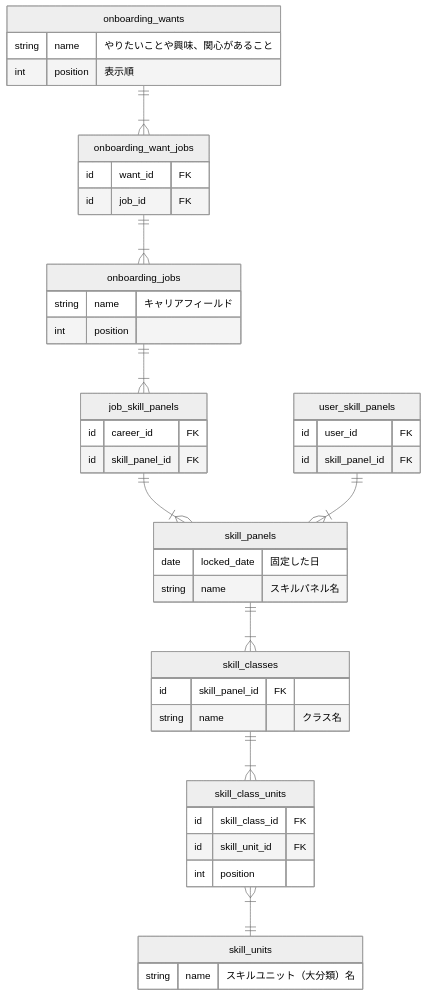
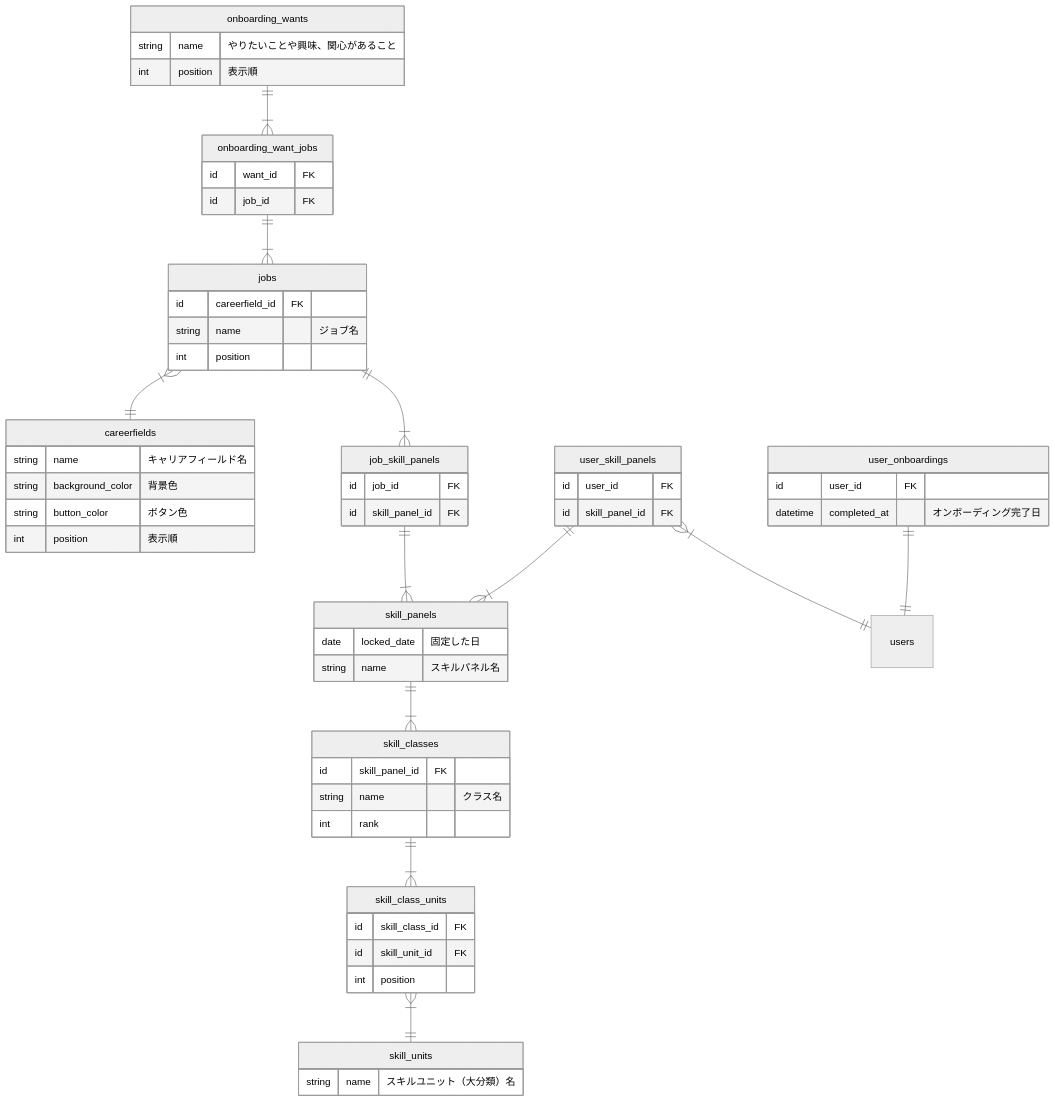
The diagram in docs/conceptual_schemas/onbordings.md (bright-org/bright), drawn with Mermaid (neutral theme) before and after one commit. The commit also changed other lines of this file, not shown here.

````diff
--- a/docs/conceptual_schemas/onbordings.md
+++ b/docs/conceptual_schemas/onbordings.md
@@ -16,57 +21,74 @@
 ```mermaid
 erDiagram
   onboarding_wants ||--|{ onboarding_want_jobs : ""
-  onboarding_want_jobs ||--|{ onboarding_jobs : ""
-  onboarding_jobs ||--|{ job_skill_panels : ""
+  onboarding_want_jobs ||--|{ jobs : ""
+  jobs }|--|| careerfields : ""
+  jobs ||--|{ job_skill_panels : ""
   job_skill_panels ||--|{ skill_panels : ""
   user_skill_panels ||--|{ skill_panels : ""
+  user_skill_panels }|--|| users : ""
+  user_onboardings ||--|| users : ""
   skill_panels ||--|{ skill_classes : ""
   skill_classes ||--|{ skill_class_units : ""
   skill_class_units }|--|| skill_units : ""
+
+  user_onboardings {
+    id user_id FK
+    datetime completed_at "オンボーディング完了日"
+  }
 
   onboarding_wants {
     string name "やりたいことや興味、関心があること"
     int position "表示順"
   }
 
   onboarding_want_jobs {
     id want_id FK
     id job_id FK
   }
 
-  onboarding_jobs {
-    string name "キャリアフィールド"
+  careerfields {
+    string name "キャリアフィールド名"
+    string background_color "背景色"
+    string button_color "ボタン色"
+    int position "表示順"
+  }
+
+  jobs {
+    id careerfield_id FK
+    string name "ジョブ名"
     int position
   }
 
   job_skill_panels {
-    id career_id FK
+    id job_id FK
     id skill_panel_id FK
   }
 
   skill_panels {
     date locked_date "固定した日"
     string name "スキルパネル名"
   }
 
   user_skill_panels {
     id user_id FK
     id skill_panel_id FK
   }
 
   skill_classes {
     id skill_panel_id FK
     string name "クラス名"
+    int rank
   }
 
   skill_class_units {
     id skill_class_id FK
     id skill_unit_id FK
     int position
   }
 
   skill_units {
     string name "スキルユニット（大分類）名"
   }
 
 ```
````
